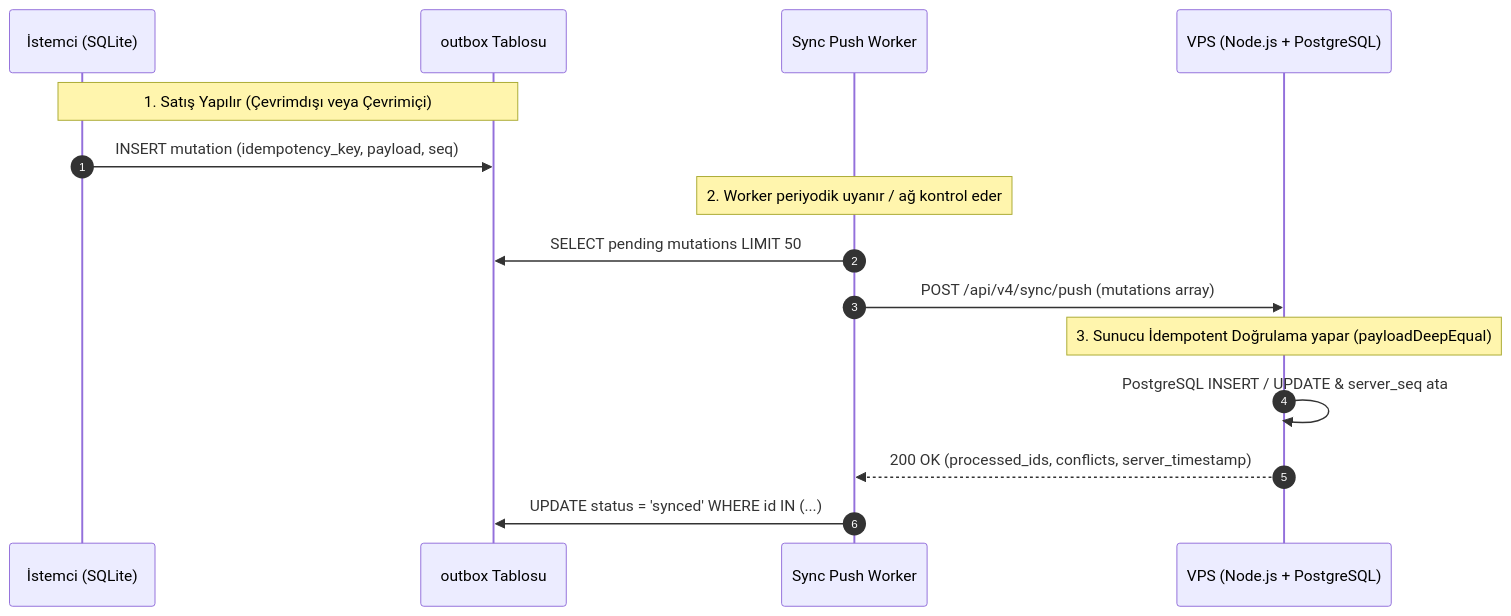
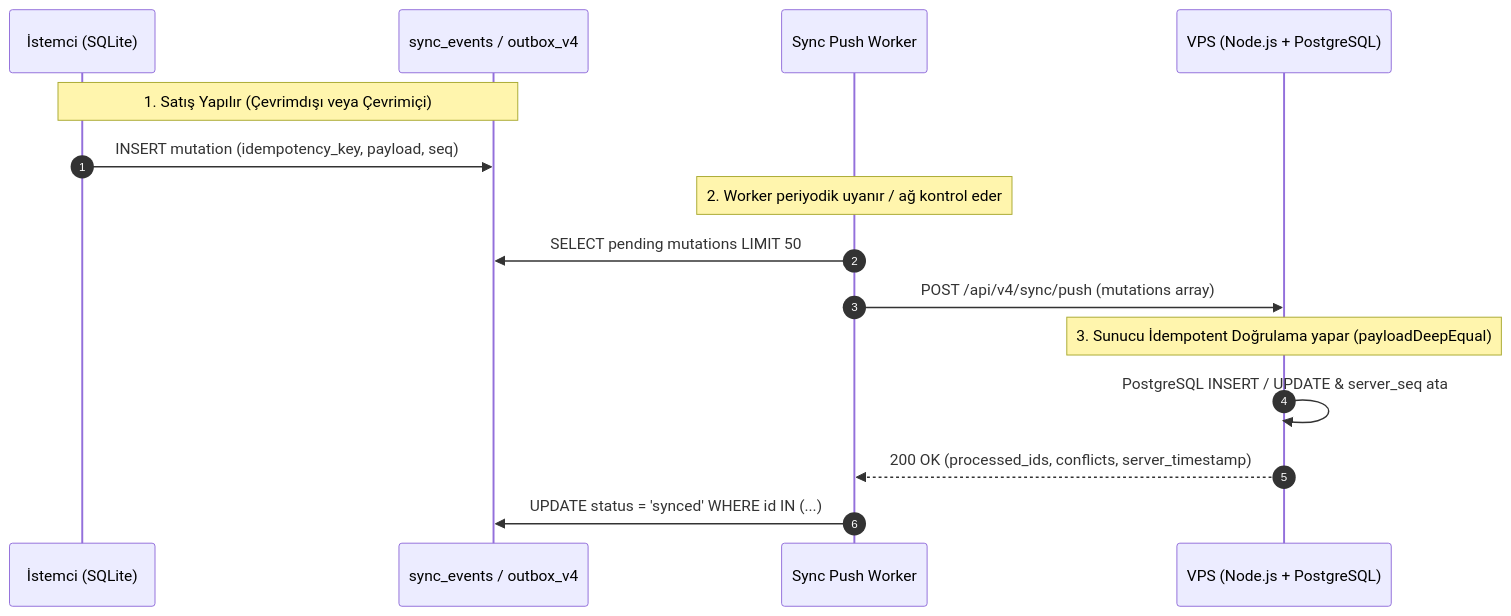
Before and after one commit to mhmtgwn/serenut: the eighth of 16 diagrams in docs/SERENUT_OS_MASTER_OPERATING_MANUAL.md, drawn with Mermaid. The commit also changed other lines of this file and 321 other files, not shown here.

````diff
--- a/docs/SERENUT_OS_MASTER_OPERATING_MANUAL.md
+++ b/docs/SERENUT_OS_MASTER_OPERATING_MANUAL.md
@@ -584,18 +631,18 @@
 ```mermaid
 sequenceDiagram
     autonumber
     participant Kasa as İstemci (SQLite)
-    participant Outbox as outbox Tablosu
+    participant Outbox as sync_events / outbox_v4
     participant Worker as Sync Push Worker
     participant Cloud as VPS (Node.js + PostgreSQL)
 
     Note over Kasa,Outbox: 1. Satış Yapılır (Çevrimdışı veya Çevrimiçi)
     Kasa->>Outbox: INSERT mutation (idempotency_key, payload, seq)
     Note over Worker: 2. Worker periyodik uyanır / ağ kontrol eder
     Worker->>Outbox: SELECT pending mutations LIMIT 50
     Worker->>Cloud: POST /api/v4/sync/push (mutations array)
     Note over Cloud: 3. Sunucu İdempotent Doğrulama yapar (payloadDeepEqual)
     Cloud->>Cloud: PostgreSQL INSERT / UPDATE & server_seq ata
     Cloud-->>Worker: 200 OK (processed_ids, conflicts, server_timestamp)
     Worker->>Outbox: UPDATE status = 'synced' WHERE id IN (...)
 ```
````
